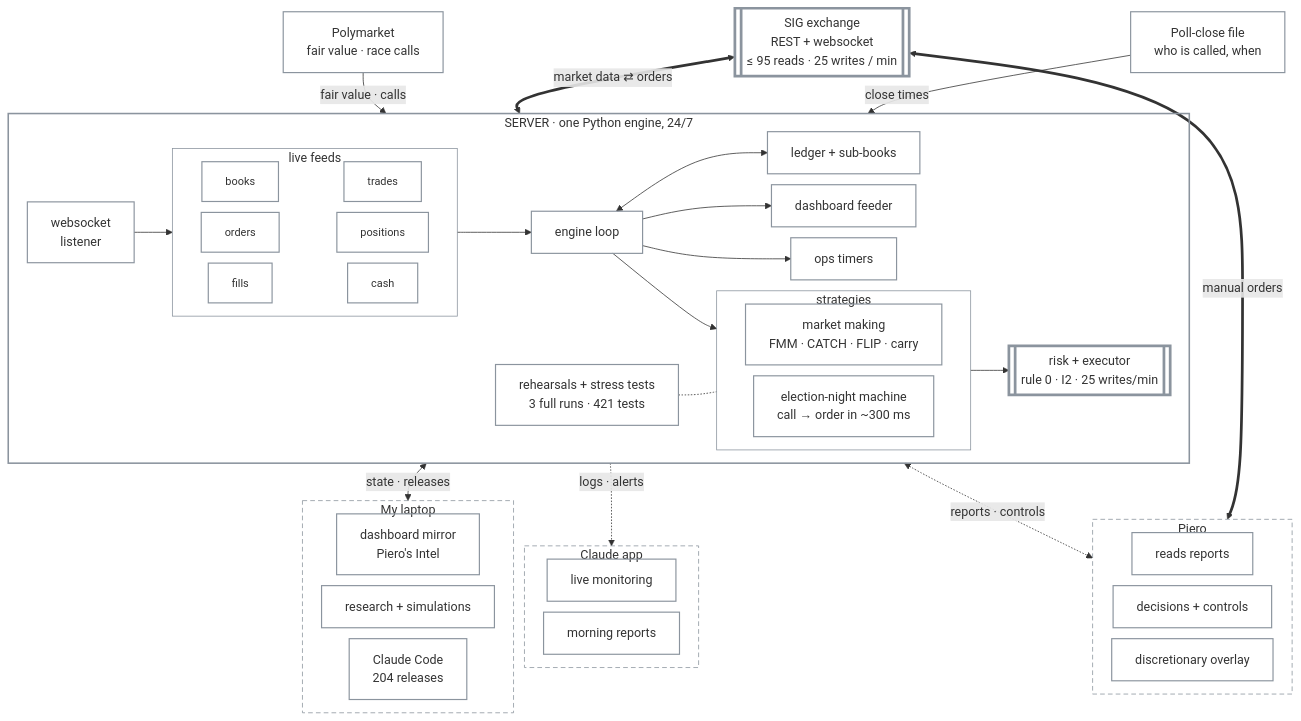
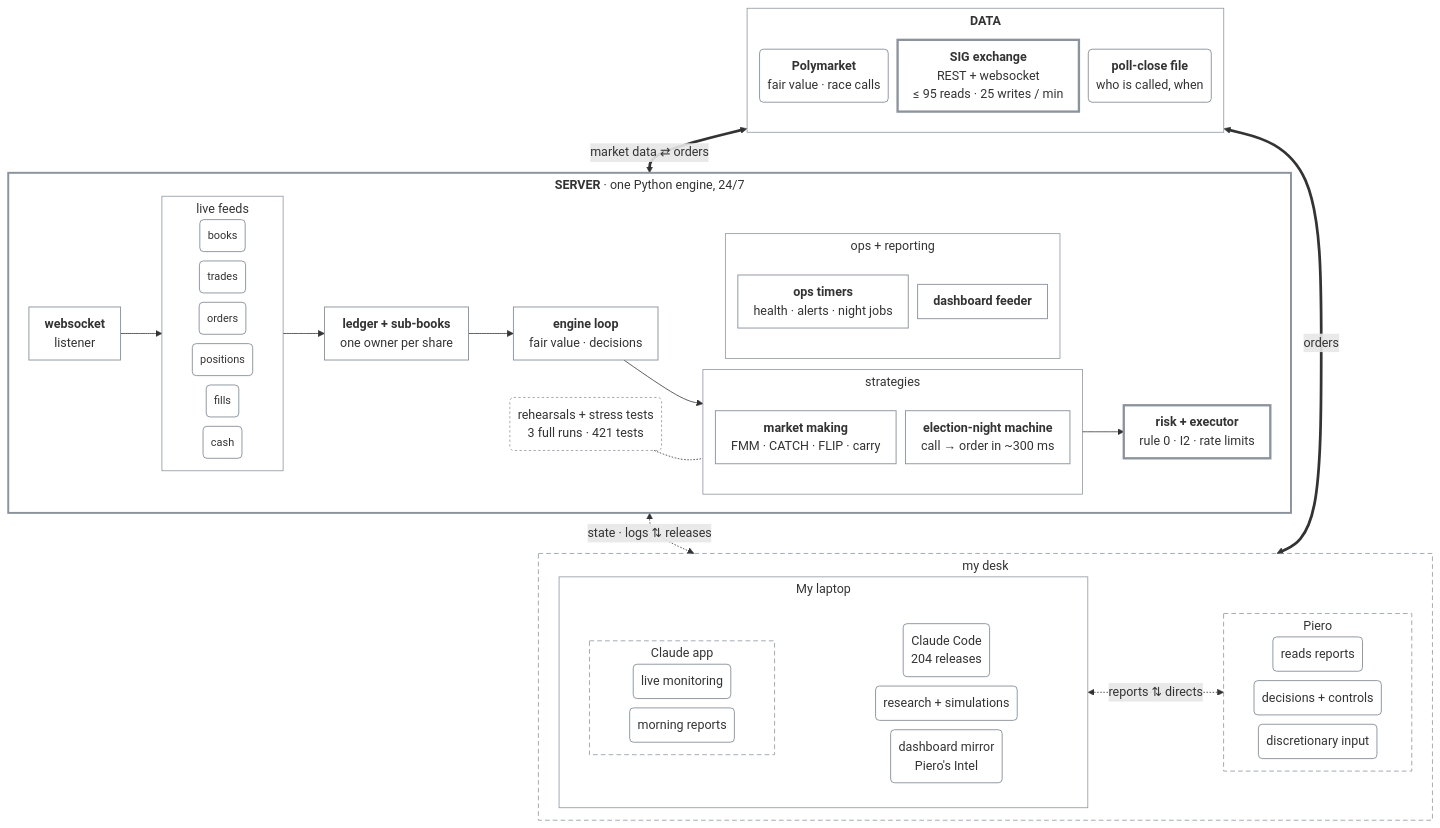
Before and after one commit to pieropls/PredictionsCup26: the diagram in README.md, drawn with Mermaid. The commit also changed other lines of this file and 10 other files, not shown here.

````diff
--- a/README.md
+++ b/README.md
@@ -65,73 +78,91 @@
 ```mermaid
-%%{init: {"look": "classic", "flowchart": {"curve": "basis", "nodeSpacing": 14, "rankSpacing": 24, "wrappingWidth": 320}, "themeVariables": {"fontSize": "16px"}}}%%
+%%{init: {"flowchart": {"curve": "basis", "nodeSpacing": 12, "rankSpacing": 28, "padding": 10, "wrappingWidth": 300, "subGraphTitleMargin": {"top": 4, "bottom": 10}}, "themeVariables": {"fontSize": "16px"}}}%%
 flowchart TB
-  SIG[["SIG exchange<br/>REST + websocket<br/>≤ 95 reads · 25 writes / min"]]
-  PM["Polymarket<br/>fair value · race calls"]
-  POLL["Poll-close file<br/>who is called, when"]
+  subgraph DATA["<b>DATA</b>"]
+    direction TB
+    PM("<b>Polymarket</b><br/>fair value · race calls")
+    SIG["<b>SIG exchange</b><br/>REST + websocket<br/>≤ 95 reads · 25 writes / min"]
+    POLL("<b>poll-close file</b><br/>who is called, when")
+  end
 
-  subgraph SERVER["SERVER · one Python engine, 24/7"]
+  subgraph SERVER["<b>SERVER</b> · one Python engine, 24/7"]
     direction LR
-    WS["websocket<br/>listener"]
+    WS["<b>websocket</b><br/>listener"]
     subgraph FEEDS["live feeds"]
       direction LR
-      F1[books] ~~~ F2[trades]
-      F3[orders] ~~~ F4[positions]
-      F5[fills] ~~~ F6[cash]
+      F1(books)
+      F2(trades)
+      F3(orders)
+      F4(positions)
+      F5(fills)
+      F6(cash)
     end
-    LOOP["engine loop"]
-    LEDGER["ledger + sub-books"]
+    LEDGER["<b>ledger + sub-books</b><br/>one owner per share"]
+    LOOP["<b>engine loop</b><br/>fair value · decisions"]
     subgraph STRAT["strategies"]
-      direction LR
-      MM["market making<br/>FMM · CATCH · FLIP · carry"]
-      NIGHT["election-night machine<br/>call → order in ~300 ms"]
+      direction TB
+      MM["<b>market making</b><br/>FMM · CATCH · FLIP · carry"]
+      NIGHT["<b>election-night machine</b><br/>call → order in ~300 ms"]
     end
-    REH["rehearsals + stress tests<br/>3 full runs · 421 tests"]
-    EXEC[["risk + executor<br/>rule 0 · I2 · 25 writes/min"]]
-    FEEDER["dashboard feeder"]
-    OPS["ops timers"]
-    WS --> FEEDS --> LOOP
-    LOOP <--> LEDGER
+    REH("rehearsals + stress tests<br/>3 full runs · 421 tests")
+    EXEC["<b>risk + executor</b><br/>rule 0 · I2 · rate limits"]
+    subgraph SUPPORT["ops + reporting"]
+      direction TB
+      OPS["<b>ops timers</b><br/>health · alerts · night jobs"]
+      FEEDER["<b>dashboard feeder</b>"]
+    end
+    WS --> FEEDS --> LEDGER --> LOOP
     LOOP --> STRAT --> EXEC
     REH -.- STRAT
-    LOOP --> FEEDER
-    LOOP --> OPS
+    LOOP ~~~ SUPPORT
+    REH ~~~ SUPPORT
   end
 
-  subgraph LAPTOP["My laptop"]
+  subgraph DESK["my desk"]
     direction LR
-    MIRROR["dashboard mirror<br/>Piero's Intel"]
-    RES["research + simulations"]
-    CC["Claude Code<br/>204 releases"]
-  end
-  subgraph CLAUDE["Claude app"]
-    direction LR
-    MON["live monitoring"]
-    MORN["morning reports"]
-  end
-  subgraph PIERO["Piero"]
-    direction LR
-    READ["reads reports"]
-    DEC["decisions + controls"]
-    OVER["discretionary overlay"]
+    subgraph LAPTOP["My laptop"]
+      direction LR
+      subgraph CLAUDE["Claude app"]
+        direction LR
+        MON("live monitoring")
+        MORN("morning reports")
+      end
+      subgraph TOOLS[" "]
+        direction LR
+        CC("Claude Code<br/>204 releases")
+        RES("research + simulations")
+        MIRROR("dashboard mirror<br/>Piero's Intel")
+      end
+      CLAUDE ~~~ TOOLS
+    end
+    subgraph PIERO["Piero"]
+      direction LR
+      READ("reads reports")
+      DEC("decisions + controls")
+      OVER("discretionary input")
+    end
+    LAPTOP <-.->|reports ⇅ directs| PIERO
   end
 
-  PM -->|fair value · calls| SERVER
-  SIG <==>|market data ⇄ orders| SERVER
-  POLL -->|close times| SERVER
-  SERVER <-->|state · releases| LAPTOP
-  SERVER -.->|logs · alerts| CLAUDE
-  SERVER <-.->|reports · controls| PIERO
-  SIG <==>|manual orders| PIERO
+  DATA <==>|"market data ⇄ orders"| SERVER
+  SERVER <-.->|"state · logs ⇅ releases"| DESK
+  DATA <==>|orders| DESK
 
-  classDef default fill:none,stroke:#8b949e,stroke-width:1.5px
-  classDef key fill:none,stroke-width:3.5px
+  classDef default fill:none,stroke:#8b949e,stroke-width:1.2px
+  classDef key fill:none,stroke:#8b949e,stroke-width:3px
   classDef feed font-size:14px
+  classDef soft fill:none,stroke:#8b949e,stroke-width:1px,stroke-dasharray:3 3
   class EXEC,SIG key
   class F1,F2,F3,F4,F5,F6 feed
-  style SERVER fill:none,stroke:#8b949e,stroke-width:2px
-  style FEEDS fill:none,stroke:#8b949e
-  style STRAT fill:none,stroke:#8b949e
-  style LAPTOP fill:none,stroke:#8b949e,stroke-dasharray:6 4
+  class REH soft
+  style DATA fill:none,stroke:#8b949e,stroke-width:1px
+  style SERVER fill:none,stroke:#8b949e,stroke-width:2.5px
+  style FEEDS fill:none,stroke:#8b949e,stroke-width:1px
+  style STRAT fill:none,stroke:#8b949e,stroke-width:1px
+  style SUPPORT fill:none,stroke:#8b949e,stroke-width:1px
+  style LAPTOP fill:none,stroke:#8b949e,stroke-width:1px
+  style TOOLS fill:none,stroke:none
+  style DESK fill:none,stroke:#8b949e,stroke-dasharray:6 4
   style CLAUDE fill:none,stroke:#8b949e,stroke-dasharray:6 4
   style PIERO fill:none,stroke:#8b949e,stroke-dasharray:6 4
 ```
````
